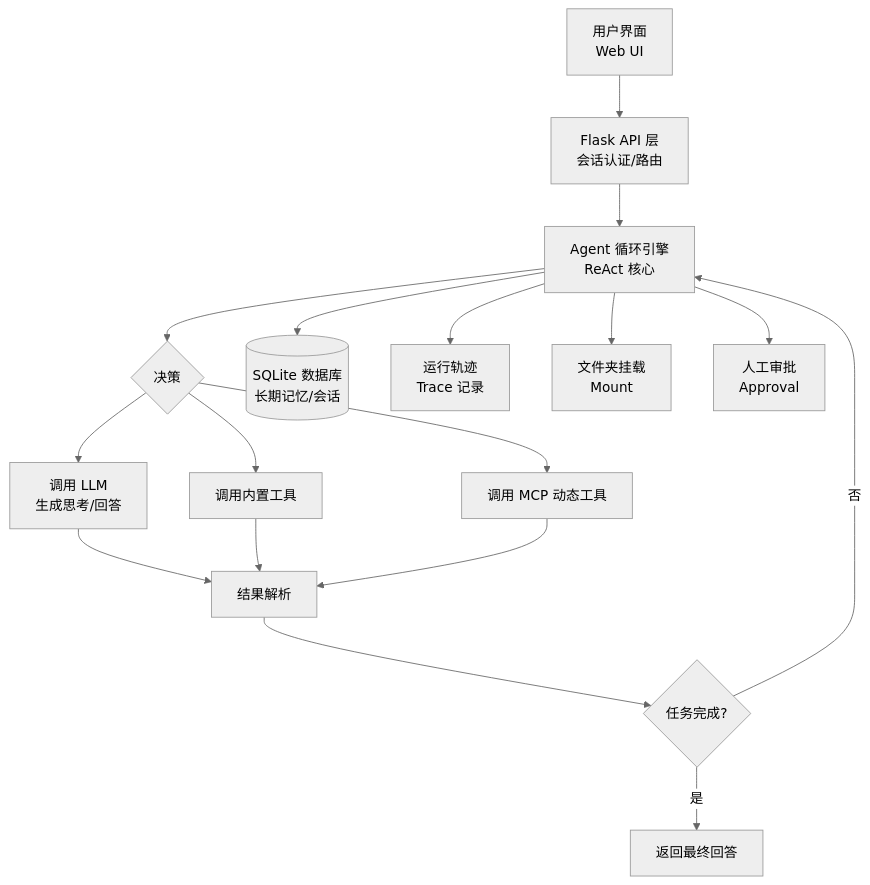
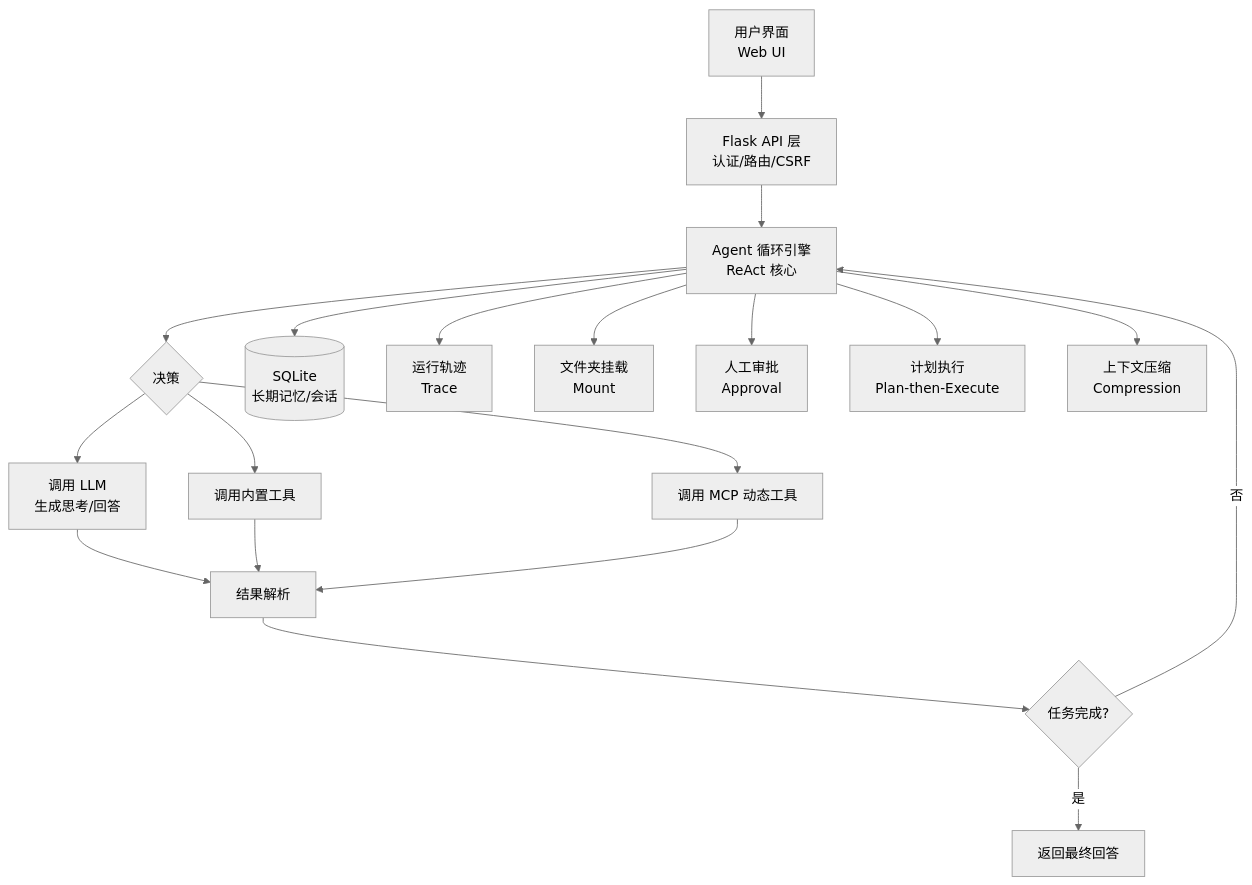
One commit to Sureo0/Starlight changed the diagram in README.md. Above: the diagram before and after it, drawn with Mermaid (neutral theme). The commit also changed other lines of this file and 1 other file, not shown here.

````diff
--- a/README.md
+++ b/README.md
@@ -145,19 +157,21 @@
 ```mermaid
 graph TD
-    A[用户界面<br>Web UI] --> B[Flask API 层<br>会话认证/路由];
+    A[用户界面<br>Web UI] --> B[Flask API 层<br>认证/路由/CSRF];
     B --> C[Agent 循环引擎<br>ReAct 核心];
     C --> D{决策};
     D --> E[调用 LLM<br>生成思考/回答];
     D --> F[调用内置工具];
     D --> G[调用 MCP 动态工具];
     E --> H[结果解析];
     F --> H;
     G --> H;
     H --> I{任务完成?};
     I -->|否| C;
     I -->|是| J[返回最终回答];
-    C --> K[(SQLite 数据库<br>长期记忆/会话)];
-    C --> L[运行轨迹<br>Trace 记录];
+    C --> K[(SQLite<br>长期记忆/会话)];
+    C --> L[运行轨迹<br>Trace];
     C --> M[文件夹挂载<br>Mount];
     C --> N[人工审批<br>Approval];
+    C --> O[计划执行<br>Plan-then-Execute];
+    C --> P[上下文压缩<br>Compression];
 ```
````
